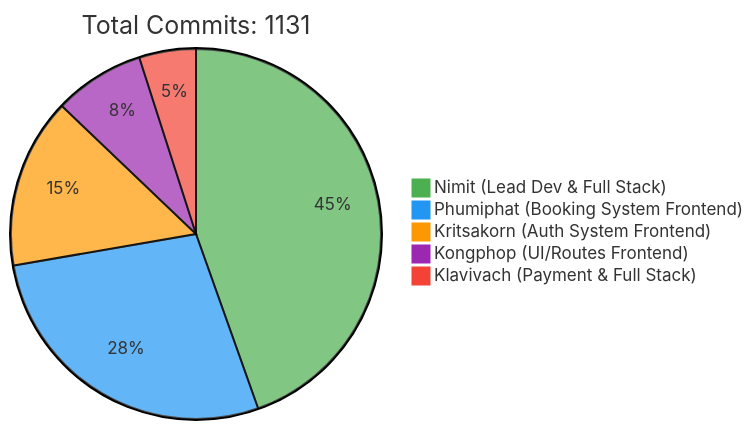
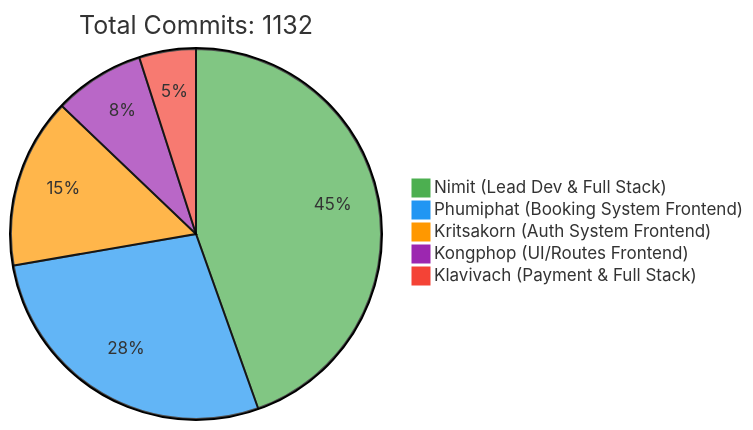
One commit to 6531503042/Sport-Complex changed the first of 2 diagrams in README.md. Above: the diagram before and after it, drawn with Mermaid. The commit also changed other lines of this file, not shown here.

Commit message:
docs: Update contributor statistics [skip ci]

````diff
--- a/README.md
+++ b/README.md
@@ -257,10 +257,10 @@
 ```mermaid
 %%{init: {'theme': 'base', 'themeVariables': { 'pie1': '#4CAF50', 'pie2': '#2196F3', 'pie3': '#FF9800', 'pie4': '#9C27B0', 'pie5': '#F44336'}}}%%
 pie
-    title Total Commits: 1131
+    title Total Commits: 1132
     "Nimit (Lead Dev & Full Stack)" : 450
     "Phumiphat (Booking System Frontend)" : 280
     "Kritsakorn (Auth System Frontend)" : 150
     "Kongphop (UI/Routes Frontend)" : 80
     "Klavivach (Payment & Full Stack)" : 50
 ```
````
